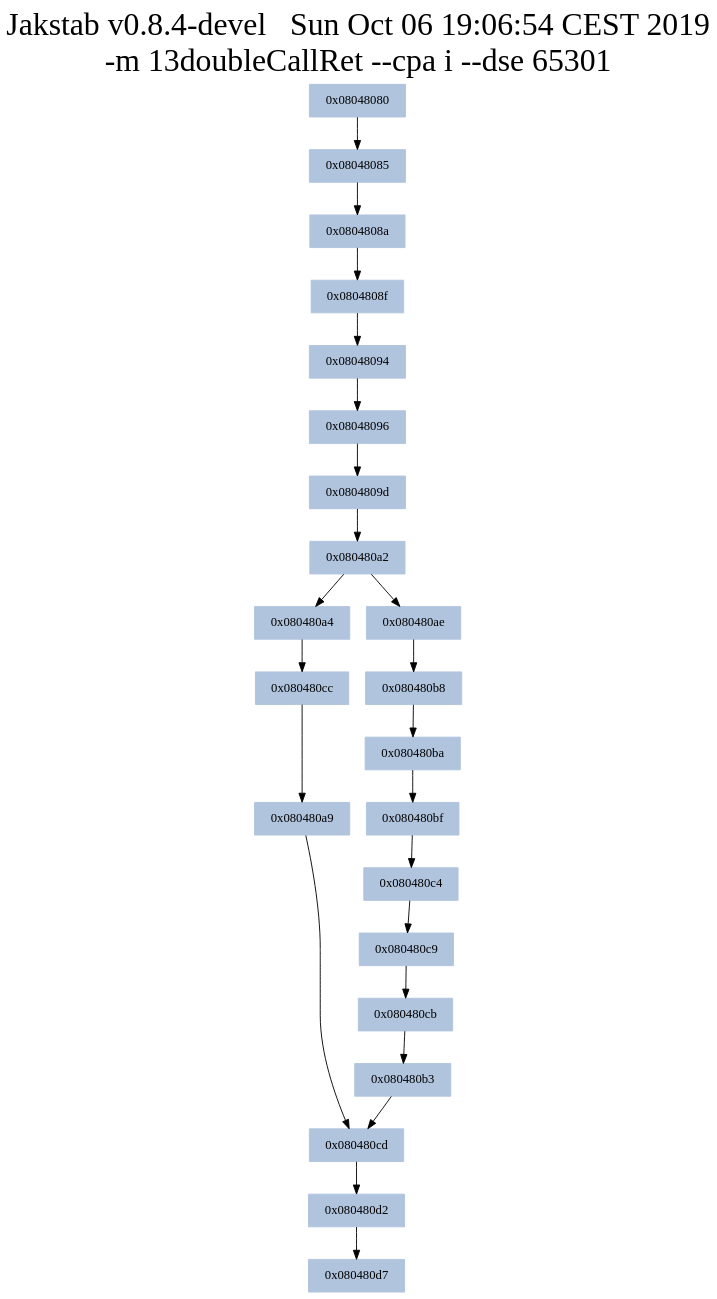
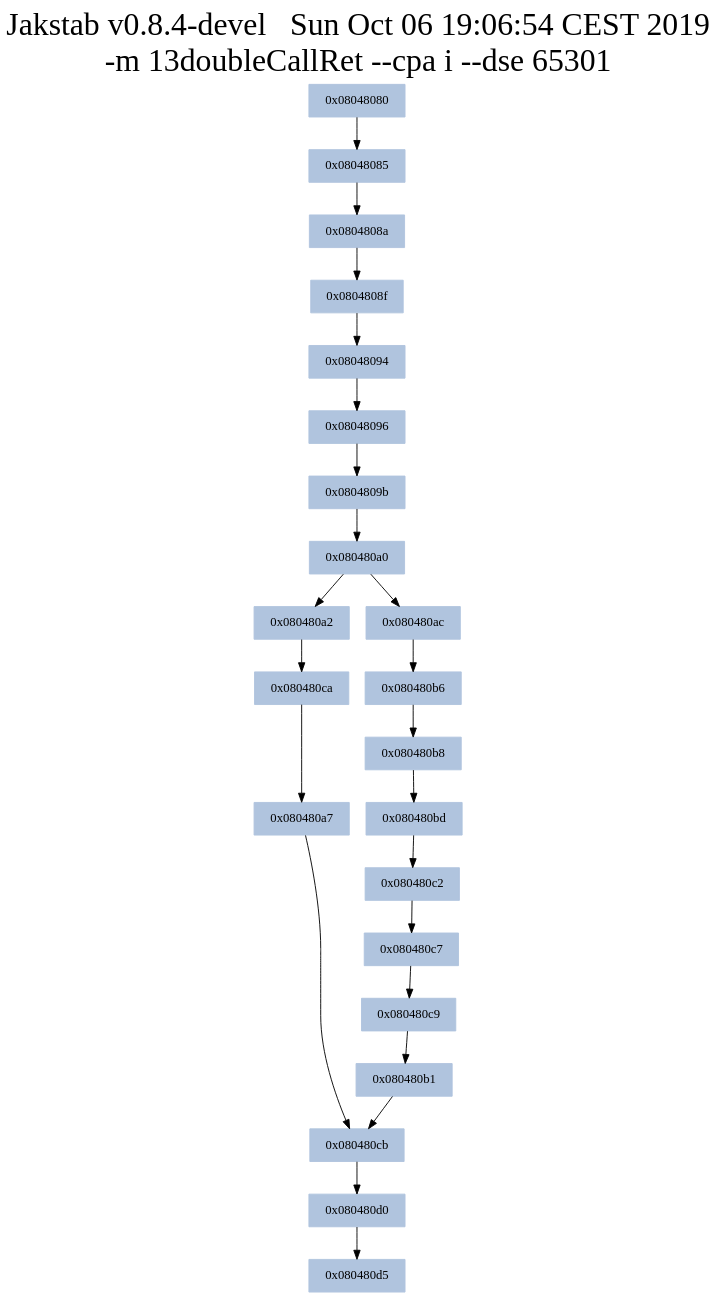
Before and after one commit to tpetersonkth/AlternatingControlFlowReconstruction: the diagram in Input/IdealCFAs/13doubleCallRet_ideal.dot, drawn with Graphviz. The commit also changed 5 other files, not shown here.

Commit message:
Fixed erroneous ideal graphs(They broke when removing superfluos instructions from synthetic examples in earlier commits)

```diff
--- a/Input/IdealCFAs/13doubleCallRet_ideal.dot
+++ b/Input/IdealCFAs/13doubleCallRet_ideal.dot
@@ -1,49 +1,50 @@
 digraph G {
 node[shape=rectangle,style=filled,fillcolor=lightsteelblue,color=lightsteelblue]
 bgcolor="transparent"
 graph [label="Jakstab v0.8.4-devel   Sun Oct 06 19:06:54 CEST 2019\n-m 13doubleCallRet --cpa i --dse 65301", labelloc=t, fontsize=35, pad=30]
+"0x08048080"[label="0x08048080\n"];
 "0x08048085"[label="0x08048085\n"];
+"0x0804808a"[label="0x0804808a\n"];
+"0x0804808f"[label="0x0804808f\n"];
+"0x08048094"[label="0x08048094\n"];
+"0x08048096"[label="0x08048096\n"];
+"0x0804809b"[label="0x0804809b\n"];
+"0x080480a0"[label="0x080480a0\n"];
 "0x080480a2"[label="0x080480a2\n"];
-"0x080480a4"[label="0x080480a4\n"];
-"0x080480c4"[label="0x080480c4\n"];
-"0x080480cd"[label="0x080480cd\n"];
-"0x080480ae"[label="0x080480ae\n"];
-"0x0804808f"[label="0x0804808f\n"];
-"0x080480a9"[label="0x080480a9\n"];
+"0x080480a7"[label="0x080480a7\n"];
+"0x080480ac"[label="0x080480ac\n"];
+"0x080480b1"[label="0x080480b1\n"];
+"0x080480b6"[label="0x080480b6\n"];
+"0x080480b8"[label="0x080480b8\n"];
+"0x080480bd"[label="0x080480bd\n"];
+"0x080480c2"[label="0x080480c2\n"];
+"0x080480c7"[label="0x080480c7\n"];
 "0x080480c9"[label="0x080480c9\n"];
-"0x0804808a"[label="0x0804808a\n"];
+"0x080480ca"[label="0x080480ca\n"];
 "0x080480cb"[label="0x080480cb\n"];
-"0x080480cc"[label="0x080480cc\n"];
-"0x08048096"[label="0x08048096\n"];
-"0x080480d7"[label="0x080480d7\n"];
-"0x080480b8"[label="0x080480b8\n"];
-"0x080480d2"[label="0x080480d2\n"];
-"0x080480b3"[label="0x080480b3\n"];
-"0x08048094"[label="0x08048094\n"];
-"0x0804809d"[label="0x0804809d\n"];
-"0x080480bf"[label="0x080480bf\n"];
-"0x08048080"[label="0x08048080\n"];
-"0x080480ba"[label="0x080480ba\n"];
-"0x080480a9" -> "0x080480cd" [color="#000000"];
-"0x080480cc" -> "0x080480a9" [color="#000000"];
-"0x080480cd" -> "0x080480d2" [color="#000000"];
+"0x080480d0"[label="0x080480d0\n"];
+"0x080480d5"[label="0x080480d5\n"];
+"0x08048080" -> "0x08048085" [color="#000000"];
 "0x08048085" -> "0x0804808a" [color="#000000"];
-"0x080480a4" -> "0x080480cc" [color="#000000"];
-"0x080480ba" -> "0x080480bf" [color="#000000"];
+"0x0804808a" -> "0x0804808f" [color="#000000"];
+"0x0804808f" -> "0x08048094" [color="#000000"];
 "0x08048094" -> "0x08048096" [color="#000000"];
-"0x0804808a" -> "0x0804808f" [color="#000000"];
-"0x080480c9" -> "0x080480cb" [color="#000000"];
-"0x080480c4" -> "0x080480c9" [color="#000000"];
-"0x080480a2" -> "0x080480ae" [color="#000000"];
-"0x08048080" -> "0x08048085" [color="#000000"];
-"0x0804809d" -> "0x080480a2" [color="#000000"];
-"0x080480ae" -> "0x080480b8" [color="#000000"];
-"0x080480b3" -> "0x080480cd" [color="#000000"];
-"0x080480d2" -> "0x080480d7" [color="#000000"];
-"0x08048096" -> "0x0804809d" [color="#000000"];
-"0x080480bf" -> "0x080480c4" [color="#000000"];
-"0x080480cb" -> "0x080480b3" [color="#000000"];
-"0x0804808f" -> "0x08048094" [color="#000000"];
-"0x080480a2" -> "0x080480a4" [color="#000000"];
-"0x080480b8" -> "0x080480ba" [color="#000000"];
+"0x08048096" -> "0x0804809b" [color="#000000"];
+"0x0804809b" -> "0x080480a0" [color="#000000"];
+"0x080480a0" -> "0x080480a2" [color="#000000"];
+"0x080480a2" -> "0x080480ca" [color="#000000"];
+"0x080480ca" -> "0x080480a7" [color="#000000"];
+"0x080480a7" -> "0x080480cb" [color="#000000"];
+
+"0x080480a0" -> "0x080480ac" [color="#000000"];
+"0x080480ac" -> "0x080480b6" [color="#000000"];
+"0x080480b6" -> "0x080480b8" [color="#000000"];
+"0x080480b8" -> "0x080480bd" [color="#000000"];
+"0x080480bd" -> "0x080480c2" [color="#000000"];
+"0x080480c2" -> "0x080480c7" [color="#000000"];
+"0x080480c7" -> "0x080480c9" [color="#000000"];
+"0x080480c9" -> "0x080480b1" [color="#000000"];
+"0x080480b1" -> "0x080480cb" [color="#000000"];
+"0x080480cb" -> "0x080480d0" [color="#000000"];
+"0x080480d0" -> "0x080480d5" [color="#000000"];
 }
```
